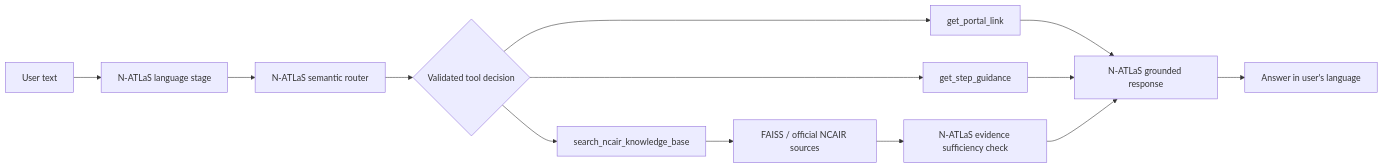
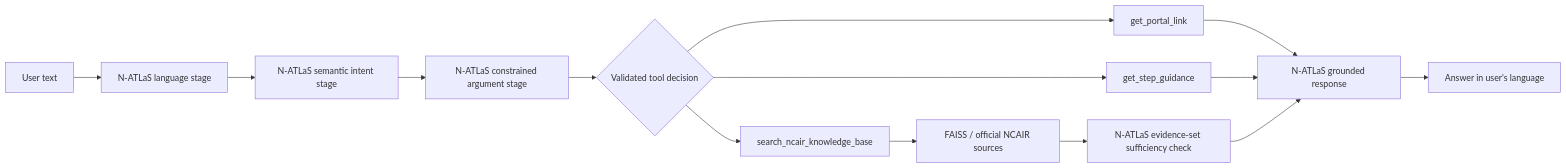
One commit to Davemafy/ncair-lms-chatbot2.0 changed the diagram in README.md. Above: the diagram before and after it, drawn with Mermaid. The commit also changed other lines of this file, not shown here.

Commit message:
Document staged N-ATLaS routing architecture

````diff
--- a/README.md
+++ b/README.md
@@ -11,15 +11,16 @@
 ```mermaid
 flowchart LR
     A[User text] --> B[N-ATLaS language stage]
-    B --> C[N-ATLaS semantic router]
-    C --> D{Validated tool decision}
-    D --> E[get_portal_link]
-    D --> F[get_step_guidance]
-    D --> G[search_ncair_knowledge_base]
-    G --> H[FAISS / official NCAIR sources]
-    H --> I[N-ATLaS evidence sufficiency check]
-    E --> J[N-ATLaS grounded response]
-    F --> J
-    I --> J
-    J --> K[Answer in user's language]
+    B --> C[N-ATLaS semantic intent stage]
+    C --> D[N-ATLaS constrained argument stage]
+    D --> E{Validated tool decision}
+    E --> F[get_portal_link]
+    E --> G[get_step_guidance]
+    E --> H[search_ncair_knowledge_base]
+    H --> I[FAISS / official NCAIR sources]
+    I --> J[N-ATLaS evidence-set sufficiency check]
+    F --> K[N-ATLaS grounded response]
+    G --> K
+    J --> K
+    K --> L[Answer in user's language]
 ```
````
